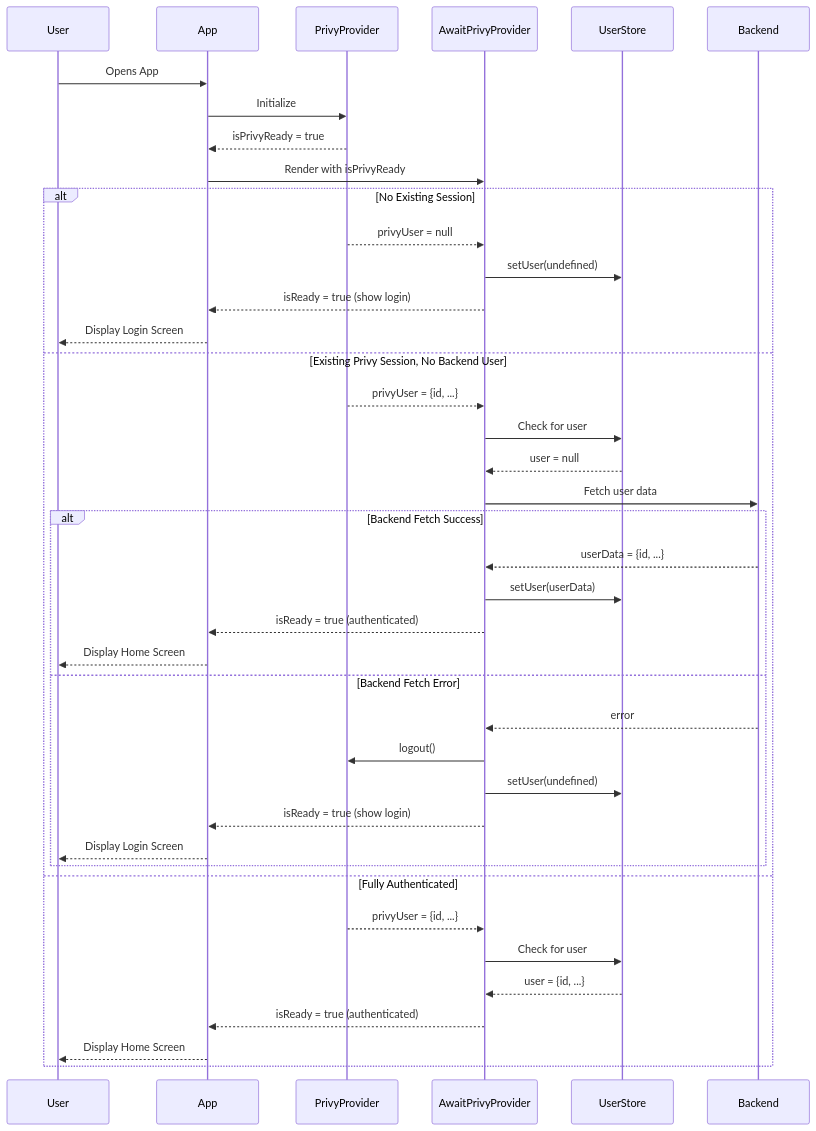
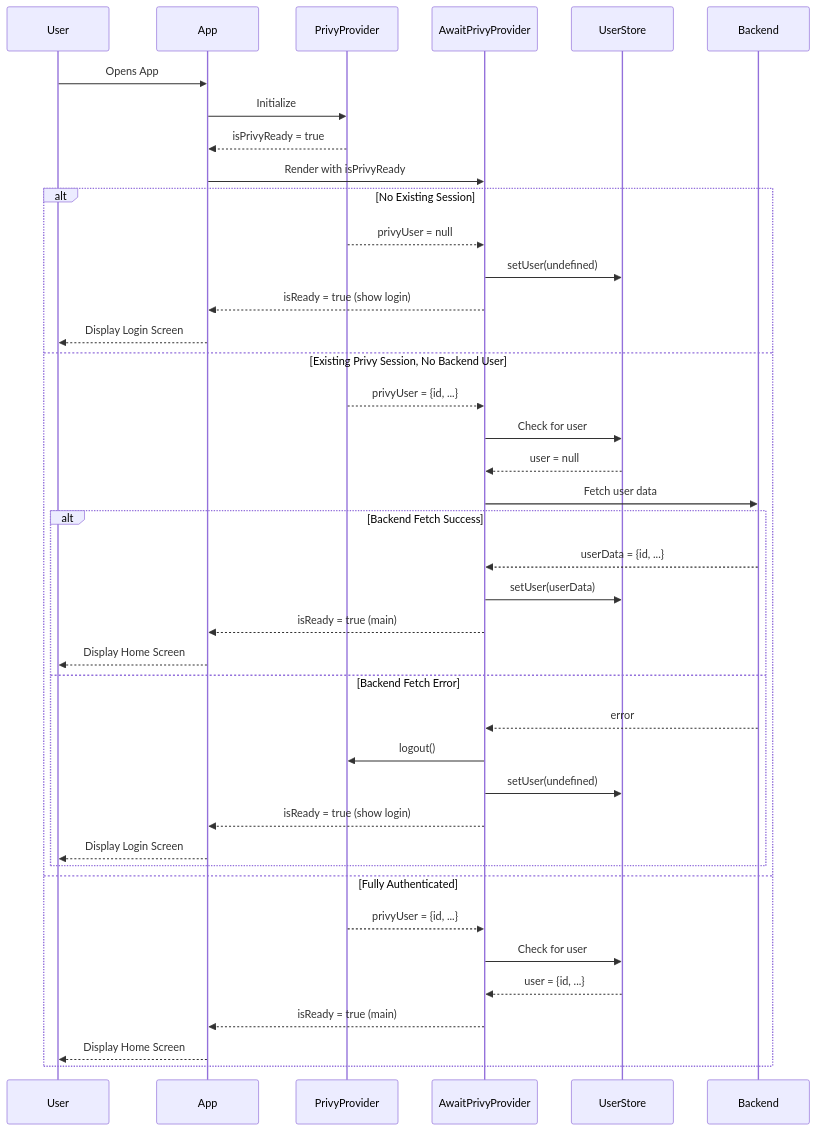
Before and after one commit to zeneca-app/zeneca-mobile: the first of 5 diagrams in docs/auth_analysis.md, drawn with Mermaid. The commit also changed 32 other files, not shown here.

````diff
--- a/docs/auth_analysis.md
+++ b/docs/auth_analysis.md
@@ -345,45 +345,45 @@
 ```mermaid
 sequenceDiagram
     participant User
     participant App
     participant PrivyProvider
     participant AwaitPrivyProvider
     participant UserStore
     participant Backend
     
     User->>App: Opens App
     App->>PrivyProvider: Initialize
     PrivyProvider-->>App: isPrivyReady = true
     App->>AwaitPrivyProvider: Render with isPrivyReady
     
     alt No Existing Session
         PrivyProvider-->>AwaitPrivyProvider: privyUser = null
         AwaitPrivyProvider->>UserStore: setUser(undefined)
         AwaitPrivyProvider-->>App: isReady = true (show login)
         App-->>User: Display Login Screen
     else Existing Privy Session, No Backend User
         PrivyProvider-->>AwaitPrivyProvider: privyUser = {id, ...}
         AwaitPrivyProvider->>UserStore: Check for user
         UserStore-->>AwaitPrivyProvider: user = null
         AwaitPrivyProvider->>Backend: Fetch user data
         
         alt Backend Fetch Success
             Backend-->>AwaitPrivyProvider: userData = {id, ...}
             AwaitPrivyProvider->>UserStore: setUser(userData)
-            AwaitPrivyProvider-->>App: isReady = true (authenticated)
+            AwaitPrivyProvider-->>App: isReady = true (main)
             App-->>User: Display Home Screen
         else Backend Fetch Error
             Backend-->>AwaitPrivyProvider: error
             AwaitPrivyProvider->>PrivyProvider: logout()
             AwaitPrivyProvider->>UserStore: setUser(undefined)
             AwaitPrivyProvider-->>App: isReady = true (show login)
             App-->>User: Display Login Screen
         end
     else Fully Authenticated
         PrivyProvider-->>AwaitPrivyProvider: privyUser = {id, ...}
         AwaitPrivyProvider->>UserStore: Check for user
         UserStore-->>AwaitPrivyProvider: user = {id, ...}
-        AwaitPrivyProvider-->>App: isReady = true (authenticated)
+        AwaitPrivyProvider-->>App: isReady = true (main)
         App-->>User: Display Home Screen
     end
 ```
````
